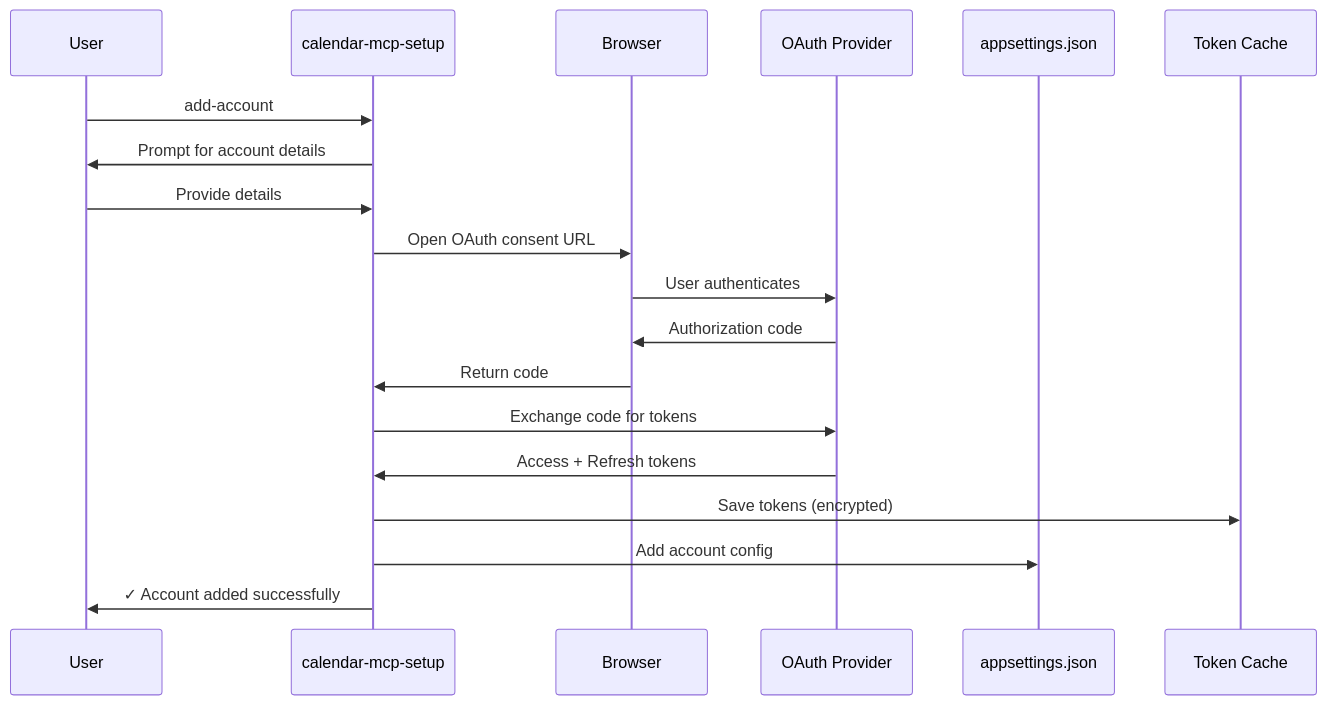
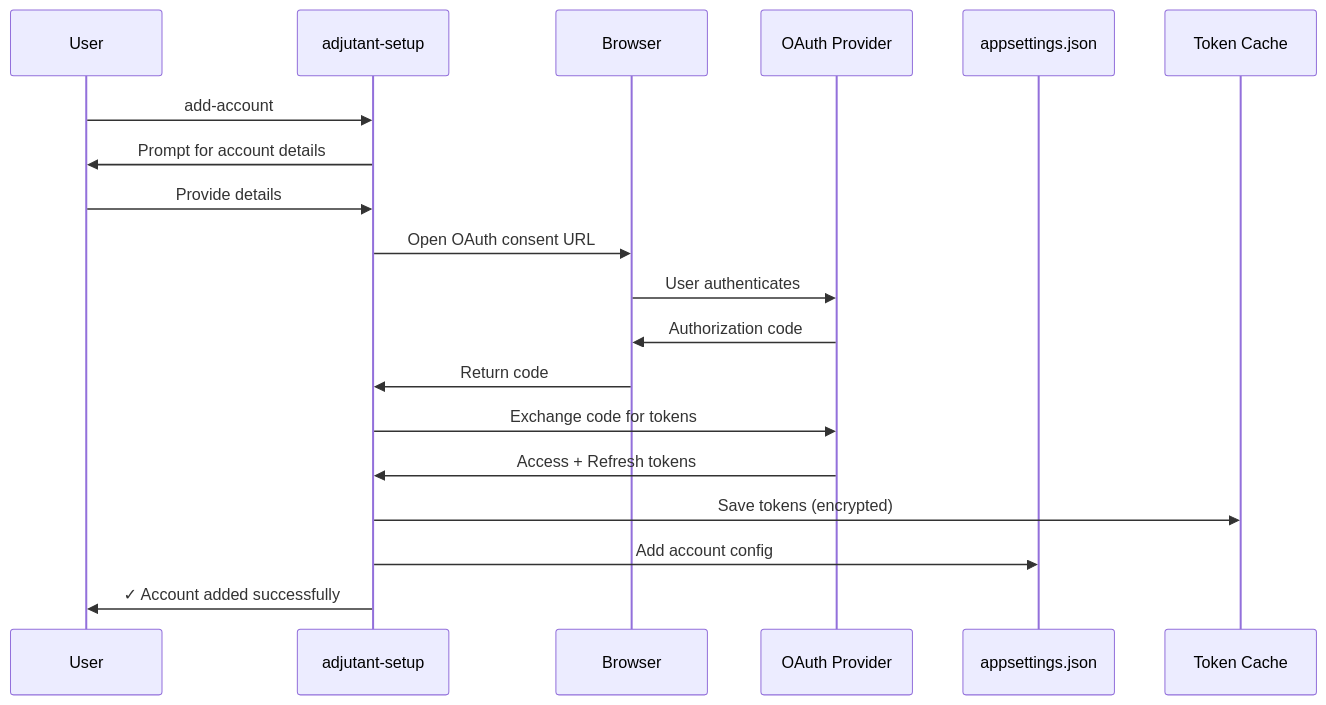
The diagram in docs/onboarding.md (MarimerLLC/calendar-mcp), drawn with Mermaid before and after one commit. The commit also changed other lines of this file and 605 other files, not shown here.

````diff
--- a/docs/onboarding.md
+++ b/docs/onboarding.md
@@ -188,22 +188,22 @@
 ```mermaid
 sequenceDiagram
     participant User
-    participant CLI as calendar-mcp-setup
+    participant CLI as adjutant-setup
     participant Browser
     participant Provider as OAuth Provider
     participant Config as appsettings.json
     participant Cache as Token Cache
     
     User->>CLI: add-account
     CLI->>User: Prompt for account details
     User->>CLI: Provide details
     CLI->>Browser: Open OAuth consent URL
     Browser->>Provider: User authenticates
     Provider->>Browser: Authorization code
     Browser->>CLI: Return code
     CLI->>Provider: Exchange code for tokens
     Provider->>CLI: Access + Refresh tokens
     CLI->>Cache: Save tokens (encrypted)
     CLI->>Config: Add account config
     CLI->>User: ✓ Account added successfully
 ```
````
